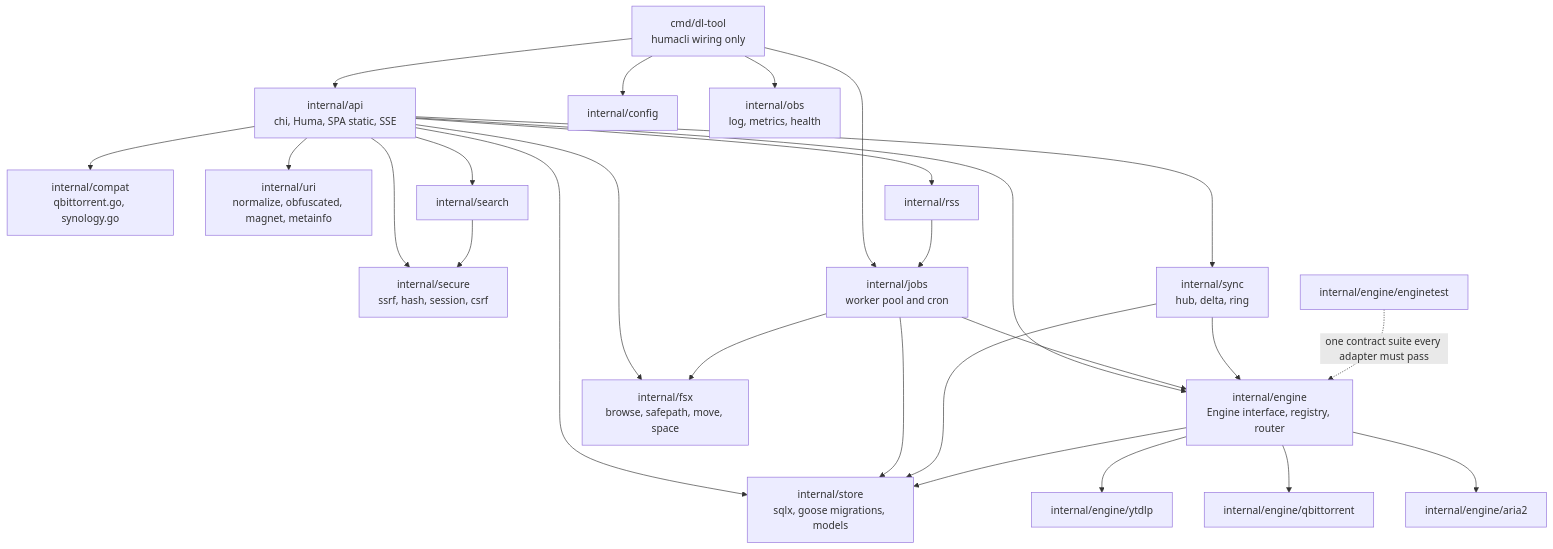
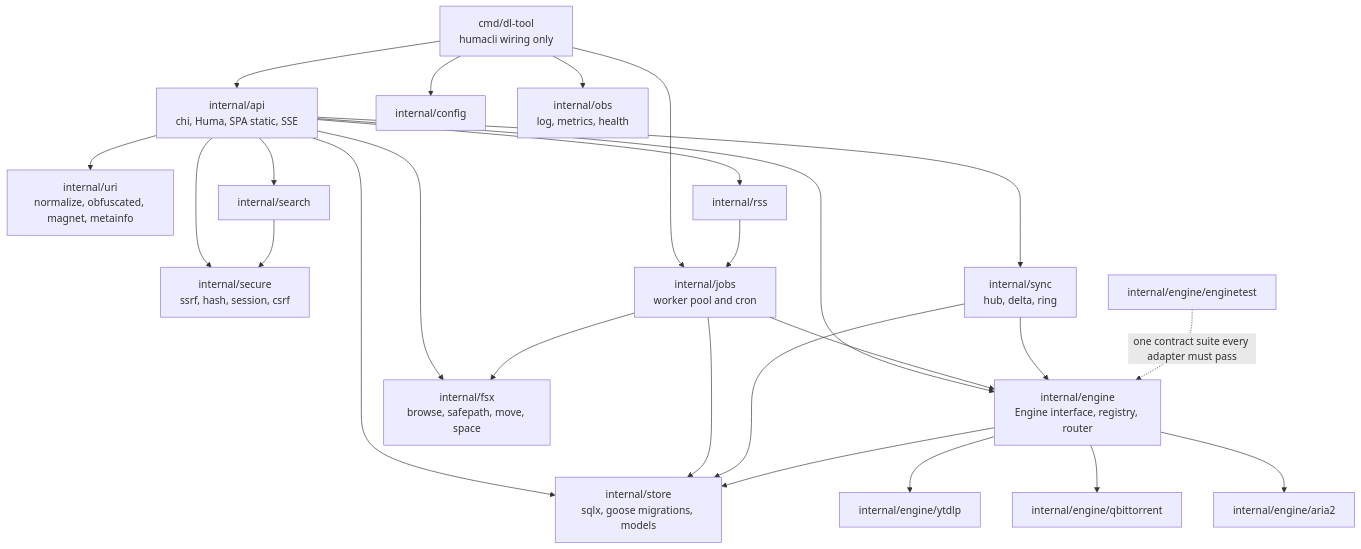
One commit to L-K-M/dl-tool changed the third of 8 diagrams in docs/03-architecture.md. Above: the diagram before and after it, drawn with Mermaid. The commit also changed other lines of this file and 7 other files, not shown here.

````diff
--- a/docs/03-architecture.md
+++ b/docs/03-architecture.md
@@ -130,30 +139,29 @@
 ```mermaid
 flowchart TB
     main["cmd/dl-tool<br/>humacli wiring only"]
     api["internal/api<br/>chi, Huma, SPA static, SSE"]
-    compat["internal/compat<br/>qbittorrent.go, synology.go"]
     secure["internal/secure<br/>ssrf, hash, session, csrf"]
     engine["internal/engine<br/>Engine interface, registry, router"]
     uri["internal/uri<br/>normalize, obfuscated, magnet, metainfo"]
     search["internal/search"]
     rss["internal/rss"]
     jobs["internal/jobs<br/>worker pool and cron"]
     syncp["internal/sync<br/>hub, delta, ring"]
     fsx["internal/fsx<br/>browse, safepath, move, space"]
     a2["internal/engine/aria2"]
     qb["internal/engine/qbittorrent"]
     yt["internal/engine/ytdlp"]
     ct["internal/engine/enginetest"]
     store["internal/store<br/>sqlx, goose migrations, models"]
     cfgp["internal/config"]
     obs["internal/obs<br/>log, metrics, health"]
     main --> api & cfgp & obs & jobs
-    api --> compat & secure & uri & engine & syncp & search & rss & fsx
+    api --> secure & uri & engine & syncp & search & rss & fsx
     engine --> a2 & qb & yt
     jobs --> engine & fsx
     rss --> jobs
     syncp --> engine
     search --> secure
     api & jobs & syncp & engine --> store
     ct -.->|"one contract suite every adapter must pass"| engine
 ```
````
